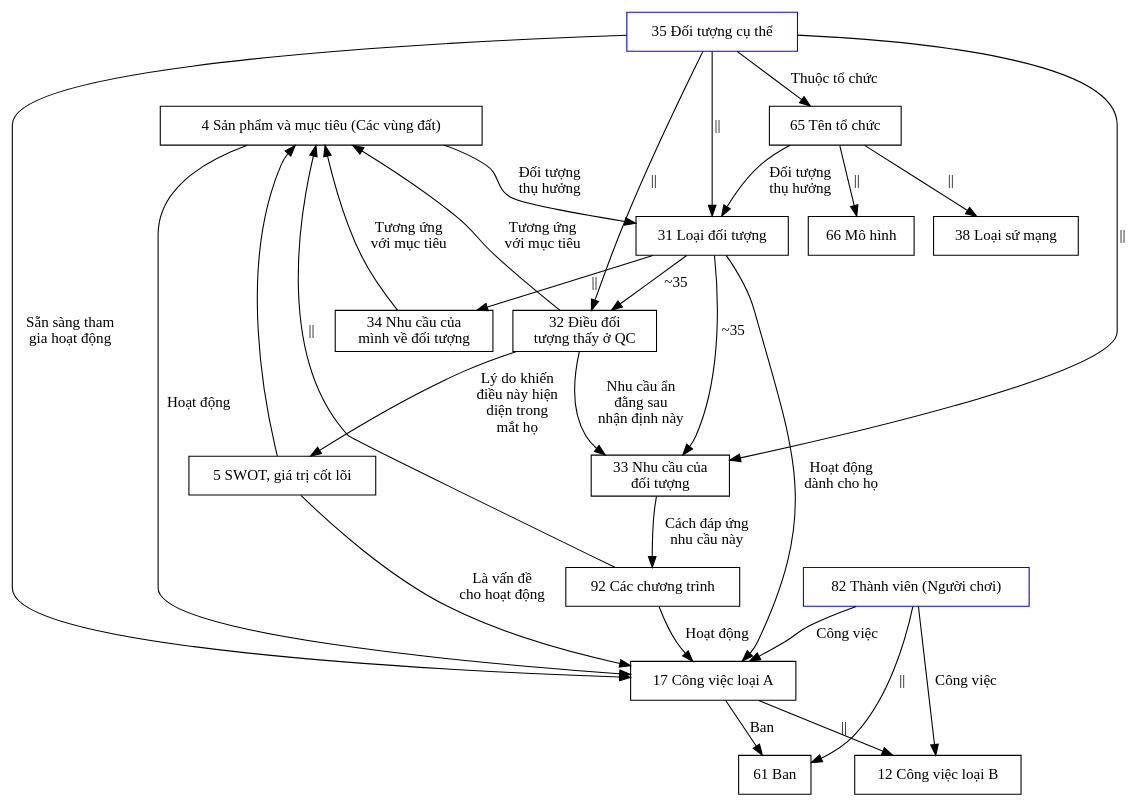
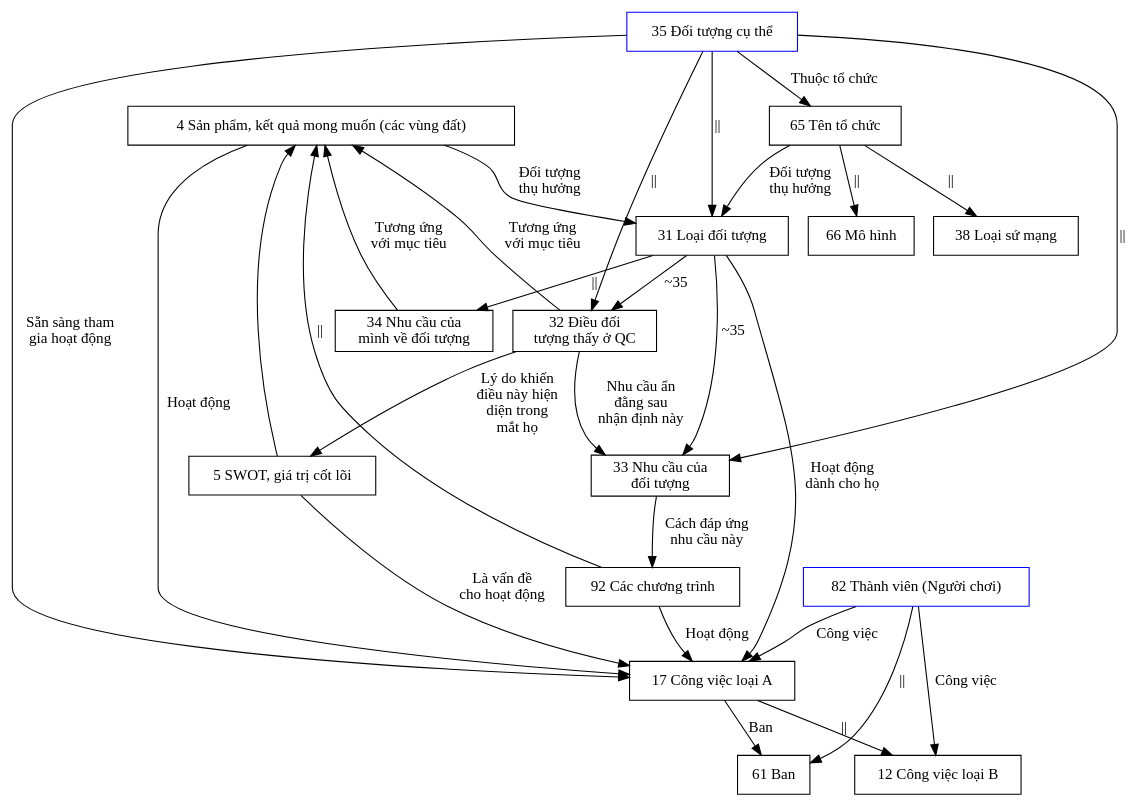
Before and after one commit to QuaCau-TheSphere/LandofSpheres: the first of 2 diagrams in Ξ Meta 0/03 Lược đồ.md, drawn with Graphviz. The commit also changed 445 other files, not shown here.

````diff
--- a/Ξ Meta 0/03 Lược đồ.md
+++ b/Ξ Meta 0/03 Lược đồ.md
@@ -5,55 +5,55 @@
 ```dot
 digraph {
 overlap = scale
 //overlap = false;
 splines = true
 
 node [shape=round] 
-2 [label="4 Sản phẩm và mục tiêu (Các vùng đất)"] 
+2 [label="4 Sản phẩm, kết quả mong muốn (các vùng đất)"] 
 4 [label="5 SWOT, giá trị cốt lõi"] 
 
 11 [label="17 Công việc loại A"] 
 12 [label="12 Công việc loại B"] 
 
 31 [label="31 Loại đối tượng"] 
 32 [label="32 Điều đối\ntượng thấy ở QC"] 
 33 [label="33 Nhu cầu của\nđối tượng"] 
 34 [label="34 Nhu cầu của\nmình về đối tượng"] 
 35 [label="35 Đối tượng cụ thể" color=blue] 
 36 [label="65 Tên tổ chức"] 
 37 [label="66 Mô hình"] 
 38 [label="38 Loại sứ mạng"] 
 
 61 [label="61 Ban"] 
 62 [label="82 Thành viên (Người chơi)" color=blue] 
 
 92 [label="92 Các chương trình"]
 
 35 -> {31,32, 33} [label="||" ]
 31 -> {32} [label="~35"] 
 31 -> 33 [label="~35"] 
 31 -> 34 [label="||"] 
 32 -> 4 [label="Lý do khiến\nđiều này hiện\ndiện trong\nmắt họ"] 
 32 -> 33 [label="Nhu cầu ẩn\nđằng sau\nnhận định này"] 
 {34, 32} -> 2 [label="Tương ứng\nvới mục tiêu" ] 
 35 -> 36 [label="Thuộc tổ chức"]
 36 -> {37, 38} [label="||"]
 36 -> 31 [label="Đối tượng\nthụ hưởng"]
 33 -> 92 [label="Cách đáp ứng\nnhu cầu này"]
 92 -> 11 [label="Hoạt động"]
 
 35 -> 11 [label="Sẵn sàng tham\ngia hoạt động"]
 31 -> 11 [label="Hoạt động\ndành cho họ"]
 2 -> 11 [label="Hoạt động"] 
 2 -> 31 [label="Đối tượng\nthụ hưởng"]
 4 -> 11 [label="Là vấn đề\ncho hoạt động"]
 92 -> 2 [label="||"]
 4 -> 2
 
 11 -> 12 [label="||"]
 11 -> 61 [label="Ban"]
 
 62 -> {11, 12} [label="Công việc"]
 62 -> 61 [label="||"]
 }
 ```
````
